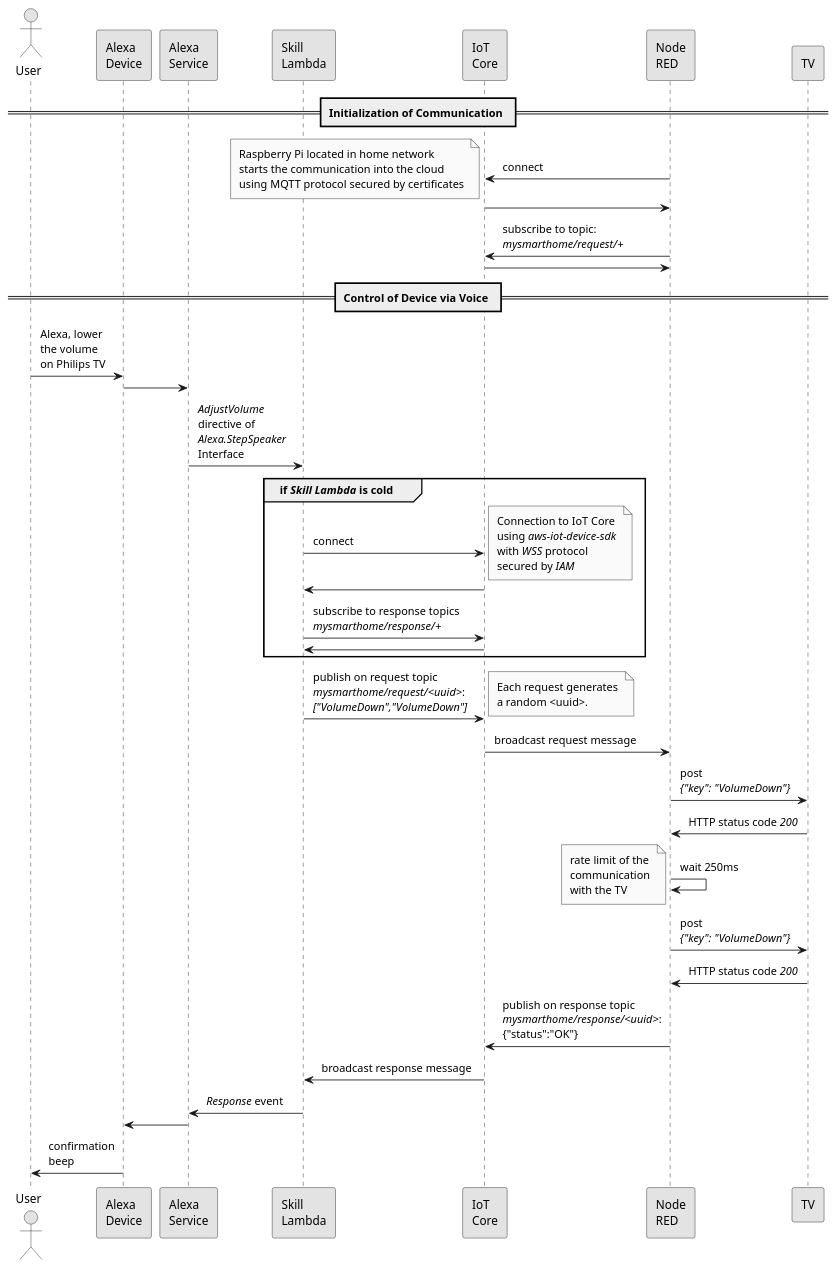
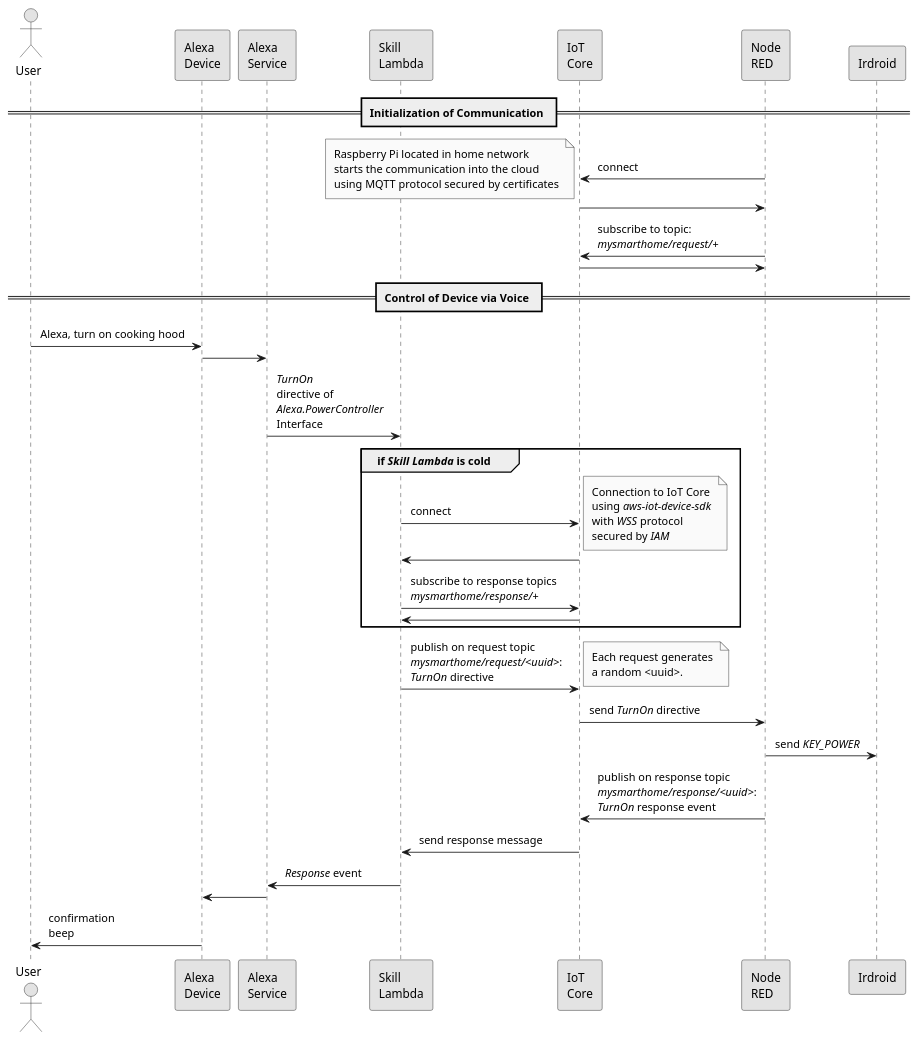
The diagram in images/control-sequence.puml (owahlen/mysmarthome), drawn with PlantUML before and after one commit. The commit also changed 9 other files, not shown here.

```diff
--- a/images/control-sequence.puml
+++ b/images/control-sequence.puml
@@ -1,62 +1,53 @@
 @startuml
 skinparam monochrome true
 skinparam padding 4
 
 actor "User" as user
 participant "Alexa\lDevice" as echo
 participant "Alexa\lService" as alexa_service
 participant "Skill\lLambda" as lambda
 participant "IoT\lCore" as iot
 participant "Node\lRED" as node_red
-participant "TV" as tv
+participant "Irdroid" as irdroid
 
 == Initialization of Communication ==
 node_red -> iot: connect
 note left
     Raspberry Pi located in home network
     starts the communication into the cloud
     using MQTT protocol secured by certificates
 end note
 iot -> node_red
 node_red -> iot: subscribe to topic:\l//mysmarthome/request/+//
 iot -> node_red
 
 == Control of Device via Voice ==
-user -> echo: Alexa, lower\lthe volume\lon Philips TV
+user -> echo: Alexa, turn on cooking hood
 echo -> alexa_service
-alexa_service -> lambda: //AdjustVolume//\ldirective of\l//Alexa.StepSpeaker//\lInterface
+alexa_service -> lambda: //TurnOn//\ldirective of\l//Alexa.PowerController//\lInterface
 
 group if //Skill Lambda// is cold
 lambda -> iot: connect
 note right
     Connection to IoT Core
     using //aws-iot-device-sdk//
     with //WSS// protocol
     secured by //IAM//
 end note
 iot -> lambda
 lambda -> iot: subscribe to response topics\l//mysmarthome/response/+//
 iot -> lambda
 end
-lambda -> iot: publish on request topic\l//mysmarthome/request/<uuid>//:\l//["VolumeDown","VolumeDown"]//
+lambda -> iot: publish on request topic\l//mysmarthome/request/<uuid>//:\l//TurnOn// directive
 note right
     Each request generates
     a random <uuid>.
 end note
-iot -> node_red: broadcast request message
-node_red -> tv: post\l//{"key": "VolumeDown"}//
-tv -> node_red: HTTP status code //200//
-node_red -> node_red: wait 250ms
-note left
-    rate limit of the
-    communication
-    with the TV
-end note
-node_red -> tv: post\l//{"key": "VolumeDown"}//
-tv -> node_red: HTTP status code //200//
-node_red -> iot: publish on response topic\l//mysmarthome/response/<uuid>//:\l{"status":"OK"}
-iot -> lambda: broadcast response message
+iot -> node_red: send //TurnOn// directive
+node_red -> irdroid: send //KEY_POWER//
+node_red -> iot: publish on response topic\l//mysmarthome/response/<uuid>//:\l//TurnOn// response event
+iot -> lambda: send response message
 lambda -> alexa_service: //Response// event
 alexa_service -> echo
 echo -> user: confirmation\lbeep
 @enduml
```
